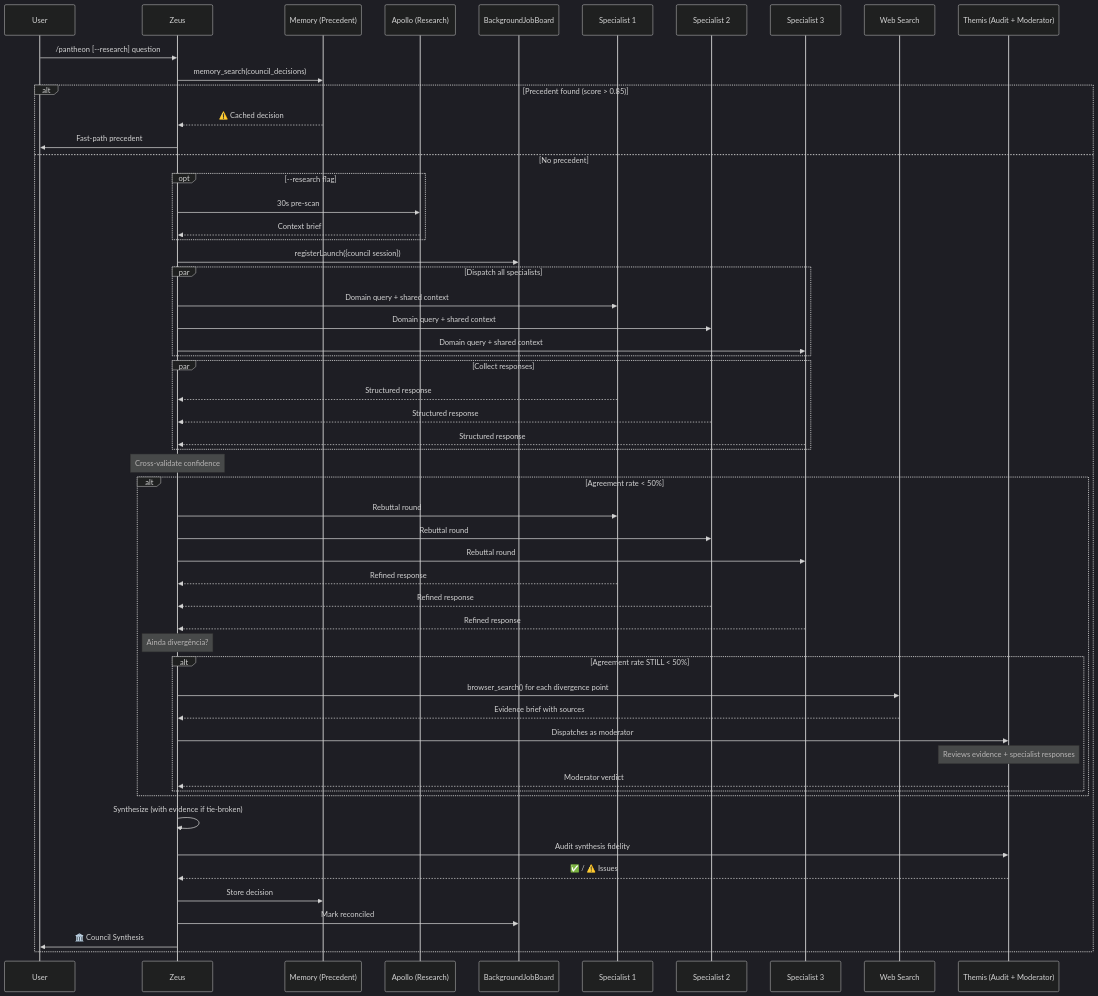
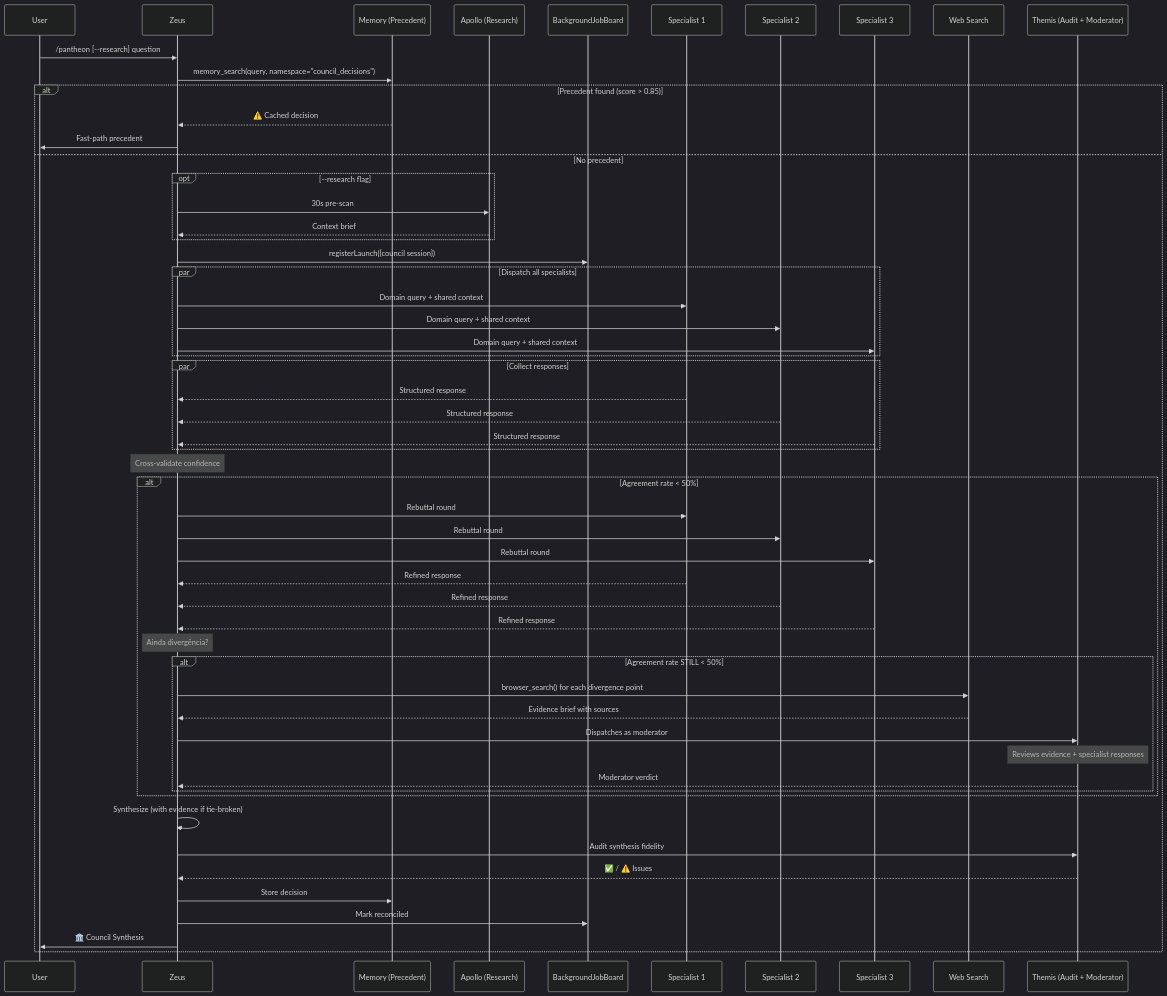
Before and after one commit to ils15/pantheon-opencode: the diagram in AGENTS.md, drawn with Mermaid. The commit also changed other lines of this file and 11 other files, not shown here.

````diff
--- a/AGENTS.md
+++ b/AGENTS.md
@@ -519,64 +519,64 @@
 ```mermaid
 ---
 config:
   look: classic
   theme: dark
 ---
 sequenceDiagram
     participant U as User
     participant Z as Zeus
     participant M as Memory (Precedent)
     participant A as Apollo (Research)
     participant B as BackgroundJobBoard
     participant S1 as Specialist 1
     participant S2 as Specialist 2
     participant S3 as Specialist 3
     participant W as Web Search
     participant T as Themis (Audit + Moderator)
 
     U->>Z: /pantheon [--research] question
-    Z->>M: memory_search(council_decisions)
+    Z->>M: memory_search(query, namespace="council_decisions")
     alt Precedent found (score > 0.85)
         M-->>Z: ⚠️ Cached decision
         Z->>U: Fast-path precedent
     else No precedent
         opt --research flag
             Z->>A: 30s pre-scan
             A-->>Z: Context brief
         end
         Z->>B: registerLaunch({council session})
         par Dispatch all specialists
             Z->>S1: Domain query + shared context
             Z->>S2: Domain query + shared context
             Z->>S3: Domain query + shared context
         end
         par Collect responses
             S1-->>Z: Structured response
             S2-->>Z: Structured response
             S3-->>Z: Structured response
         end
         Note over Z: Cross-validate confidence
         alt Agreement rate < 50%
             Z->>S1: Rebuttal round
             Z->>S2: Rebuttal round
             Z->>S3: Rebuttal round
             S1-->>Z: Refined response
             S2-->>Z: Refined response
             S3-->>Z: Refined response
             Note over Z: Ainda divergência?
             alt Agreement rate STILL < 50%
                 Z->>W: browser_search() for each divergence point
                 W-->>Z: Evidence brief with sources
                 Z->>T: Dispatches as moderator
                 Note over T: Reviews evidence + specialist responses
                 T-->>Z: Moderator verdict
             end
         end
         Z->>Z: Synthesize (with evidence if tie-broken)
         Z->>T: Audit synthesis fidelity
         T-->>Z: ✅ / ⚠️ Issues
         Z->>M: Store decision
         Z->>B: Mark reconciled
         Z->>U: 🏛️ Council Synthesis
     end
 ```
````
